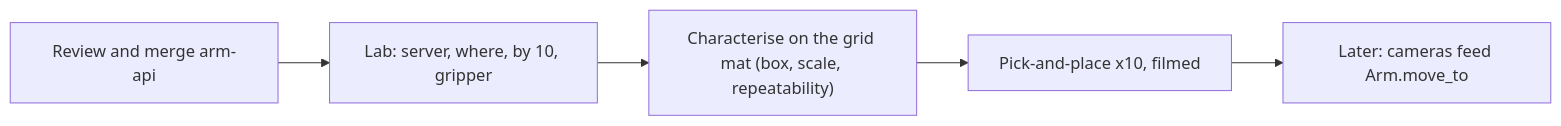
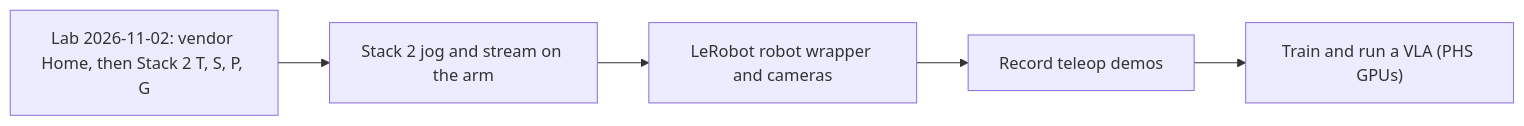
The diagram in docs/STATUS.md (Sebastianr8243/scorbot-er4u-python), drawn with Mermaid before and after one commit. The commit also changed other lines of this file and 9 other files, not shown here.

````diff
--- a/docs/STATUS.md
+++ b/docs/STATUS.md
@@ -47,7 +47,7 @@
 ```mermaid
 flowchart LR
-    M["Review and merge arm-api"] --> L["Lab: server, where, by 10, gripper"]
-    L --> C["Characterise on the grid mat (box, scale, repeatability)"]
-    C --> P["Pick-and-place x10, filmed"]
-    P --> V["Later: cameras feed Arm.move_to"]
+    L["Lab 2026-11-02: vendor Home, then Stack 2 T, S, P, G"] --> J["Stack 2 jog and stream on the arm"]
+    J --> R["LeRobot robot wrapper and cameras"]
+    R --> D["Record teleop demos"]
+    D --> V["Train and run a VLA (PHS GPUs)"]
 ```
````
